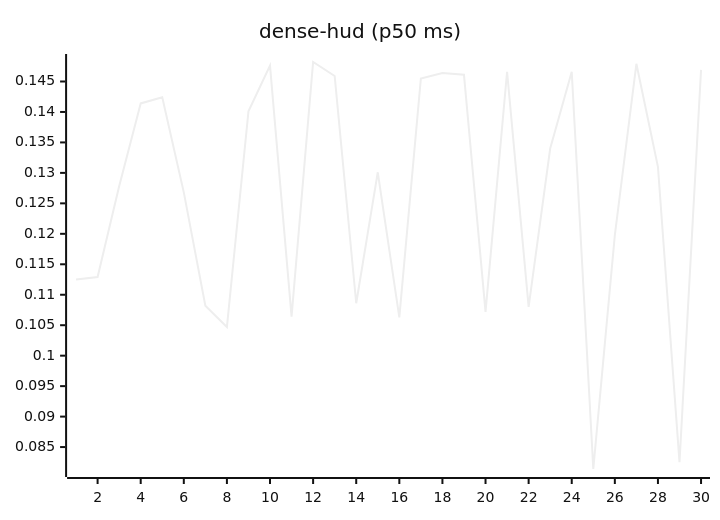
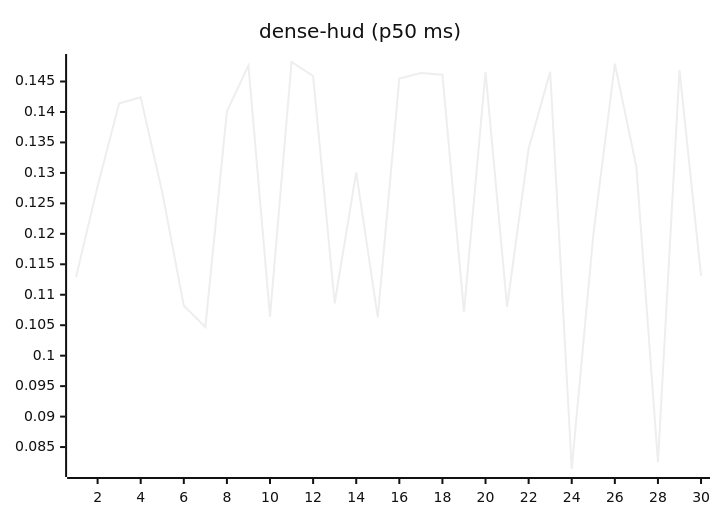
One commit to josha/Facet changed the eighth of 27 diagrams in README.md. Above: the diagram before and after it, drawn with Mermaid (neutral theme). The commit also changed other lines of this file and 2 other files, not shown here.

````diff
--- a/README.md
+++ b/README.md
@@ -112,6 +112,6 @@
 ```mermaid
 xychart-beta
     title "dense-hud (p50 ms)"
     x-axis 1 --> 30
-    line [0.1125, 0.1129, 0.1278, 0.1414, 0.1424, 0.1268, 0.1082, 0.1047, 0.1401, 0.1476, 0.1064, 0.1482, 0.1459, 0.1086, 0.1301, 0.1063, 0.1455, 0.1464, 0.1461, 0.1072, 0.1466, 0.1080, 0.1340, 0.1466, 0.0814, 0.1198, 0.1479, 0.1310, 0.0825, 0.1469]
+    line [0.1129, 0.1278, 0.1414, 0.1424, 0.1268, 0.1082, 0.1047, 0.1401, 0.1476, 0.1064, 0.1482, 0.1459, 0.1086, 0.1301, 0.1063, 0.1455, 0.1464, 0.1461, 0.1072, 0.1466, 0.1080, 0.1340, 0.1466, 0.0814, 0.1198, 0.1479, 0.1310, 0.0825, 0.1469, 0.1131]
 ```
````
